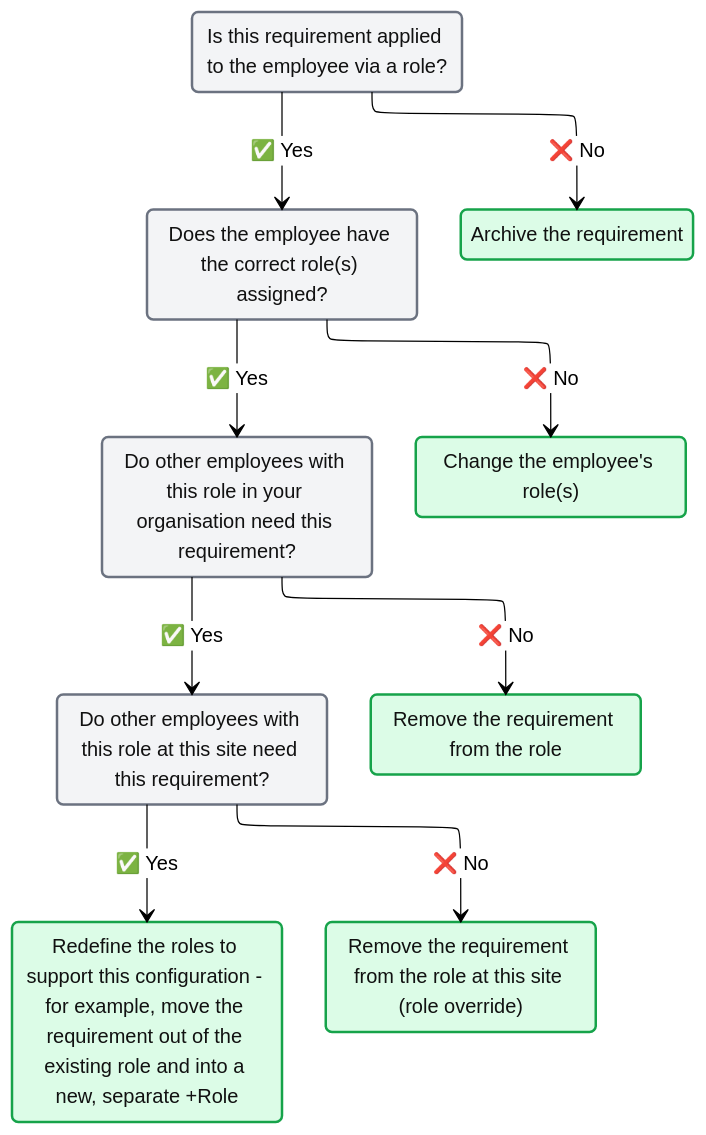
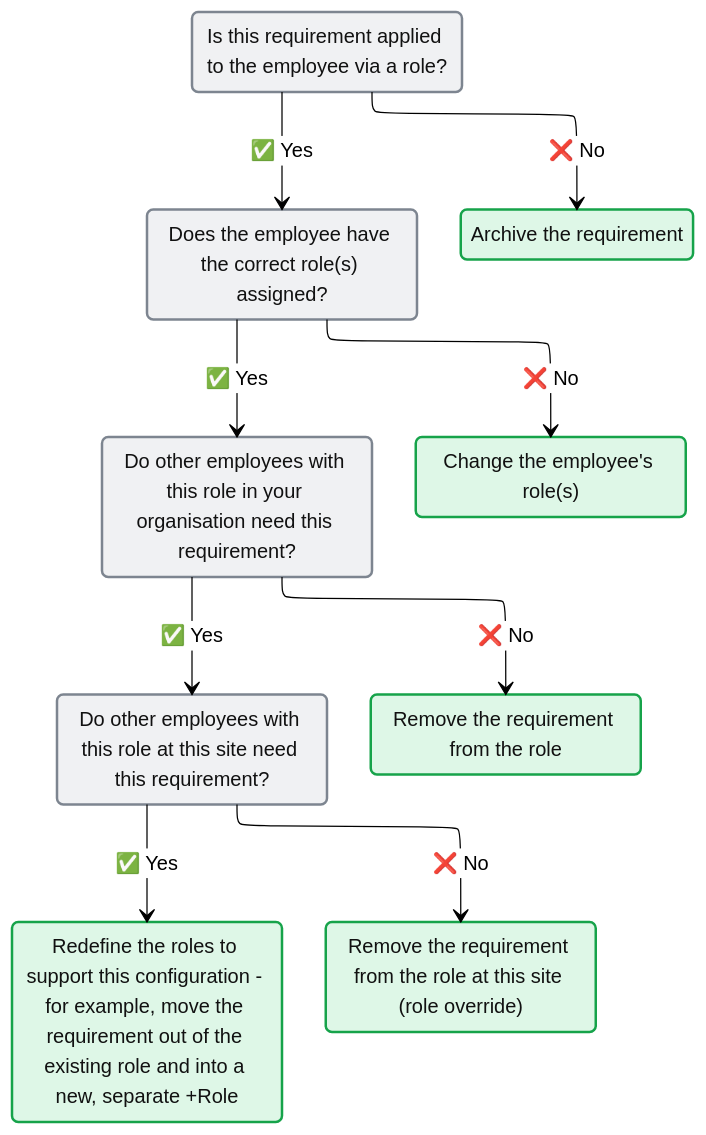
The diagram in docs/pages/faqs.md (opus-safety/opus-knowledge-base), drawn with Mermaid (neutral theme) before and after one commit.

Commit message:
faqs diagram tweak

````diff
--- a/docs/pages/faqs.md
+++ b/docs/pages/faqs.md
@@ -343,29 +343,29 @@
         ```mermaid
         ---
         config:
           layout: elk
         ---
         stateDiagram
           direction TB
-          classDef question stroke:#6b7280,fill:#f3f4f6,stroke-width:2px;
-          classDef action stroke:#16a34a,fill:#dcfce7,stroke-width:2px;
+          classDef question stroke:#7d8590,fill:#9ca3af26,stroke-width:2px;
+          classDef action stroke:#16a34a,fill:#22c55e26,stroke-width:2px;
           s1 --> s2:✅ Yes
           s1 --> s3:❌ No
           s2 --> s4:✅ Yes
           s2 --> s5:❌ No
           s4 --> s7:✅ Yes
           s4 --> s6:❌ No
           s7 --> s9:✅ Yes
           s7 --> s8:❌ No
           s1:Is this requirement applied to the employee via a role?
           s2:Does the employee have the correct role(s) assigned?
           s3:Archive the requirement
           s4:Do other employees with this role in your organisation need this requirement?
           s5:Change the employee's role(s)
           s7:Do other employees with this role at this site need this requirement?
           s6:Remove the requirement from the role
           s9:Redefine the roles to support this configuration - for example, move the requirement out of the existing role and into a new, separate +Role
           s8:Remove the requirement from the role at this site (role override)
           class s1,s2,s4,s7 question
           class s3,s5,s6,s9,s8 action
         ```
````
